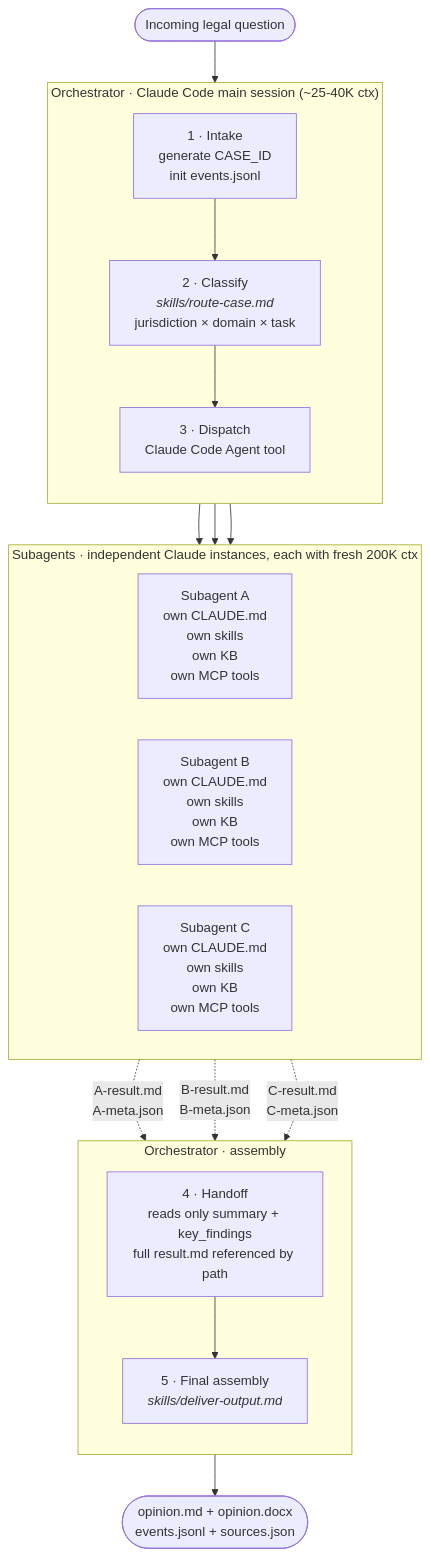
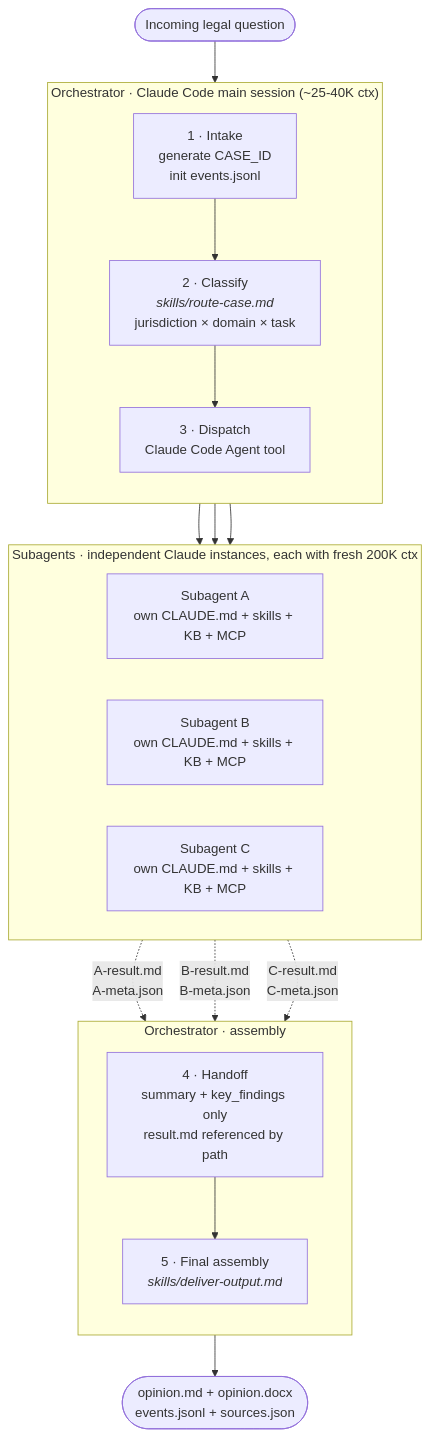
The first of 2 diagrams in README.md (kipeum86/legal-agent-orchestrator), drawn with Mermaid before and after one commit. The commit also changed other lines of this file and 3 other files, not shown here.

````diff
--- a/README.md
+++ b/README.md
@@ -181,37 +46,37 @@
 ```mermaid
 flowchart TB
     Q([Incoming legal question])
     Q --> I
 
     subgraph OrcTop["Orchestrator · Claude Code main session (~25-40K ctx)"]
         direction TB
         I["1 · Intake<br/>generate CASE_ID<br/>init events.jsonl"]
         C["2 · Classify<br/><i>skills/route-case.md</i><br/>jurisdiction × domain × task"]
         D["3 · Dispatch<br/>Claude Code Agent tool"]
         I --> C --> D
     end
 
     D --> SA
     D --> SB
     D --> SC
 
     subgraph Subs["Subagents · independent Claude instances, each with fresh 200K ctx"]
         direction LR
-        SA["Subagent A<br/>own CLAUDE.md<br/>own skills<br/>own KB<br/>own MCP tools"]
-        SB["Subagent B<br/>own CLAUDE.md<br/>own skills<br/>own KB<br/>own MCP tools"]
-        SC["Subagent C<br/>own CLAUDE.md<br/>own skills<br/>own KB<br/>own MCP tools"]
+        SA["Subagent A<br/>own CLAUDE.md + skills + KB + MCP"]
+        SB["Subagent B<br/>own CLAUDE.md + skills + KB + MCP"]
+        SC["Subagent C<br/>own CLAUDE.md + skills + KB + MCP"]
     end
 
     SA -.->|"A-result.md<br/>A-meta.json"| H
     SB -.->|"B-result.md<br/>B-meta.json"| H
     SC -.->|"C-result.md<br/>C-meta.json"| H
 
     subgraph OrcBot["Orchestrator · assembly"]
         direction TB
-        H["4 · Handoff<br/>reads only summary + key_findings<br/>full result.md referenced by path"]
+        H["4 · Handoff<br/>summary + key_findings only<br/>result.md referenced by path"]
         F["5 · Final assembly<br/><i>skills/deliver-output.md</i>"]
         H --> F
     end
 
     F --> OUT([opinion.md + opinion.docx<br/>events.jsonl + sources.json])
 ```
````
